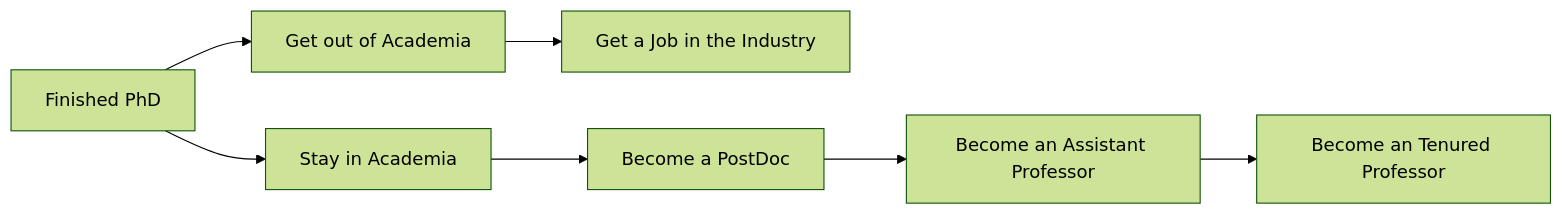
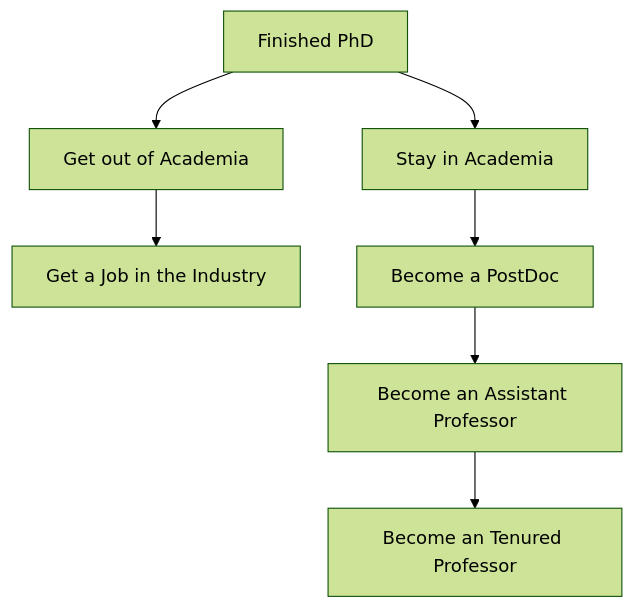
One commit to cesarsotovalero/cesarsotovalero.github.io changed the diagram in _posts/2022/2022-02-22-how-phd-profiles-are-evaluated-in-computer-science.md. Above: the diagram before and after it, drawn with Mermaid (forest theme). The commit also changed 1 other file, not shown here.

Commit message:
rename post

```diff
--- a/_posts/2022/2022-02-22-how-phd-profiles-are-evaluated-in-computer-science.md
+++ b/_posts/2022/2022-02-22-how-phd-profiles-are-evaluated-in-computer-science.md
@@ -46,9 +46,9 @@
 {% mermaid %}
-flowchart LR;
+flowchart TB;
 a[Finished PhD] --> b[Stay in Academia];
 a[Finished PhD] --> c[Get out of Academia];
 c[Get out of Academia] --> j[Get a Job in the Industry];
 b[Stay in Academia] --> d[Become a PostDoc];
 d[Become a PostDoc] --> e[Become an Assistant Professor];
 e[Become an Assistant Professor] --> f[Become an Tenured Professor];
 {% endmermaid %}
```
